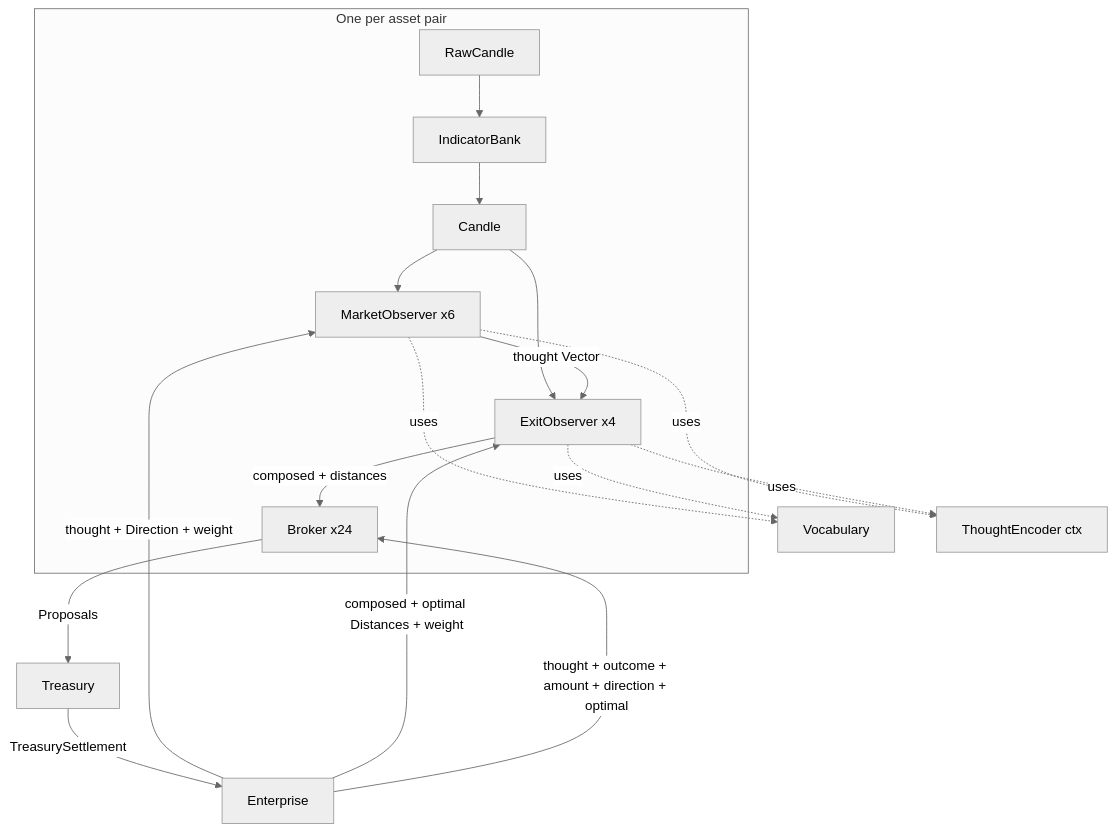
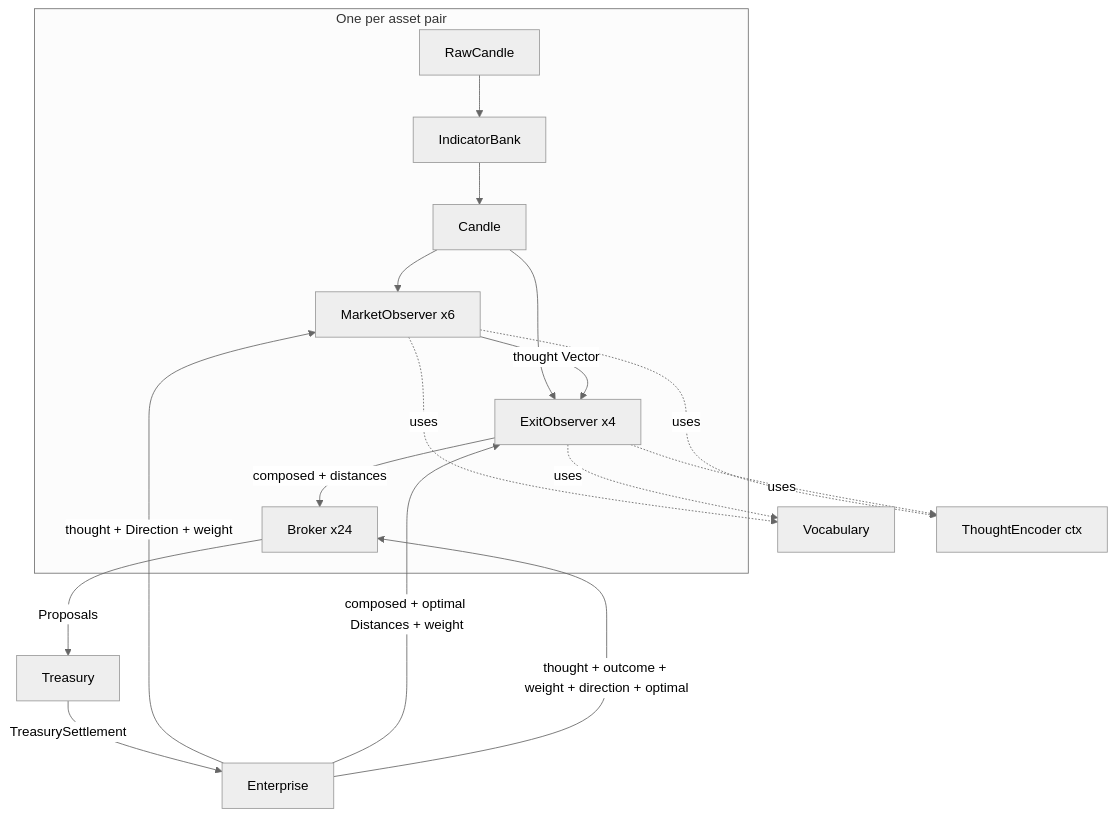
One commit to watmin/holon-lab-trading changed the first of 7 diagrams in wat/CIRCUIT.md. Above: the diagram before and after it, drawn with Mermaid (neutral theme). The commit also changed other lines of this file and 1 other file, not shown here.

````diff
--- a/wat/CIRCUIT.md
+++ b/wat/CIRCUIT.md
@@ -15,20 +15,20 @@
 ```mermaid
 graph TD
     subgraph Post [One per asset pair]
         RC[RawCandle] --> IB[IndicatorBank]
         IB --> CD[Candle]
         CD --> MO[MarketObserver x6]
         CD --> EO[ExitObserver x4]
         MO -->|thought Vector| EO
         EO -->|composed + distances| BR[Broker x24]
     end
     MO -.->|uses| VO[Vocabulary]
     MO -.->|uses| TE[ThoughtEncoder ctx]
     EO -.->|uses| VO
     EO -.->|uses| TE
     BR -->|Proposals| TR[Treasury]
     TR -->|TreasurySettlement| EN[Enterprise]
     EN -->|thought + Direction + weight| MO
     EN -->|composed + optimal Distances + weight| EO
-    EN -->|thought + outcome + amount + direction + optimal| BR
+    EN -->|thought + outcome + weight + direction + optimal| BR
 ```
````
